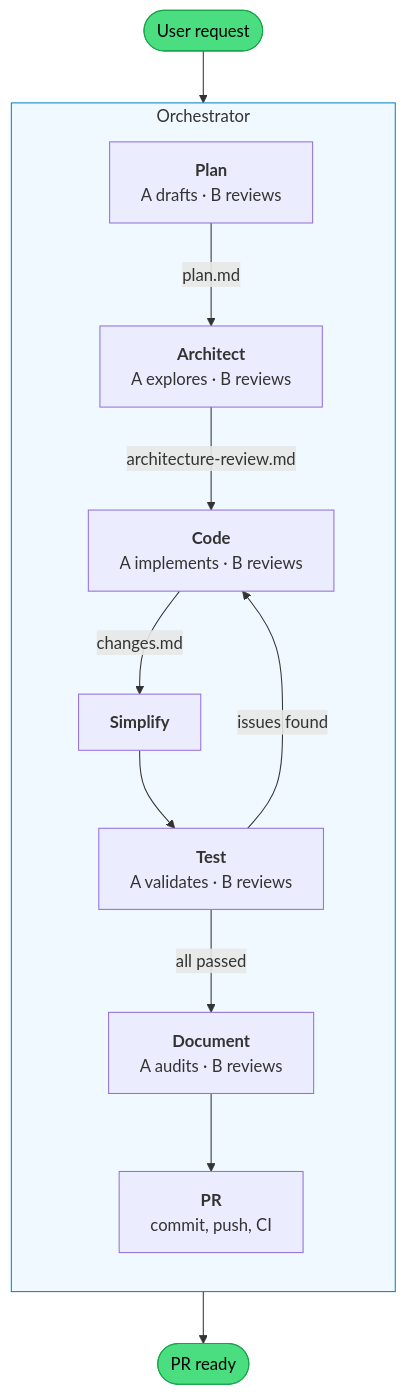
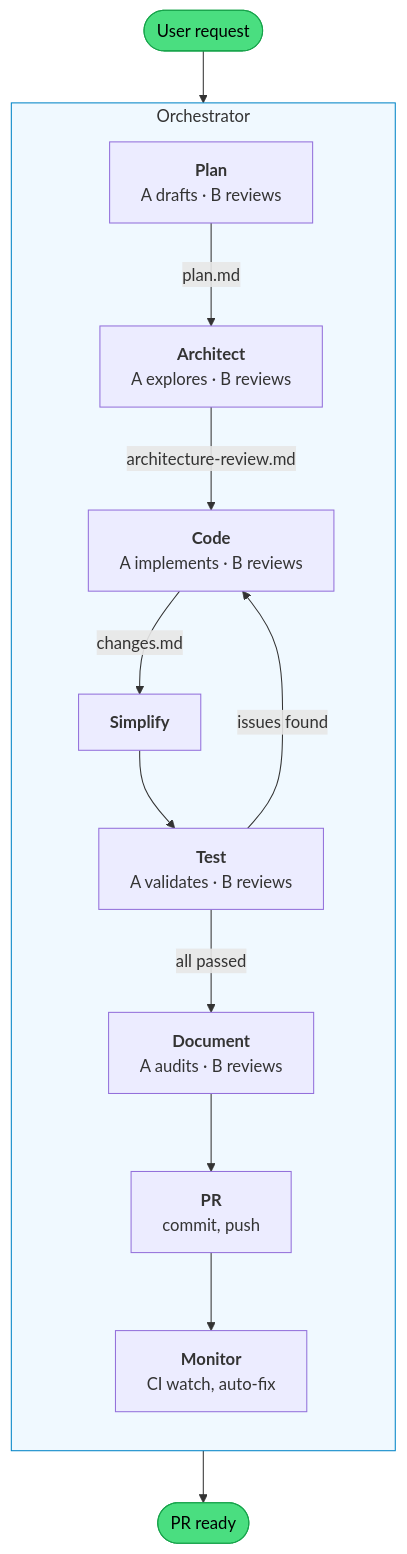
One commit to patricklafrance/plantz-claude changed the diagram in README.md. Above: the diagram before and after it, drawn with Mermaid. The commit also changed other lines of this file and 8 other files, not shown here.

````diff
--- a/README.md
+++ b/README.md
@@ -65,23 +65,24 @@
 ```mermaid
 flowchart TD
     Start([User request]) --> Orch
 
     subgraph Orch["Orchestrator"]
         direction TB
         Plan["<b>Plan</b><br/>A drafts · B reviews"] -- "plan.md" -->
         Architect["<b>Architect</b><br/>A explores · B reviews"] -- "architecture-review.md" -->
         Code["<b>Code</b><br/>A implements · B reviews"] -- "changes.md" -->
         Simplify["<b>Simplify</b>"] -->
         Test["<b>Test</b><br/>A validates · B reviews"]
         Test -- "issues found" --> Code
         Test -- "all passed" -->
         Document["<b>Document</b><br/>A audits · B reviews"] -->
-        PR["<b>PR</b><br/>commit, push, CI"]
+        PR["<b>PR</b><br/>commit, push"] -->
+        Monitor["<b>Monitor</b><br/>CI watch, auto-fix"]
     end
 
-    PR --> Done([PR ready])
+    Monitor --> Done([PR ready])
 
     style Start fill:#4ade80,stroke:#16a34a,color:#000
     style Done fill:#4ade80,stroke:#16a34a,color:#000
     style Orch fill:#f0f9ff,stroke:#0284c7
 ```
````
